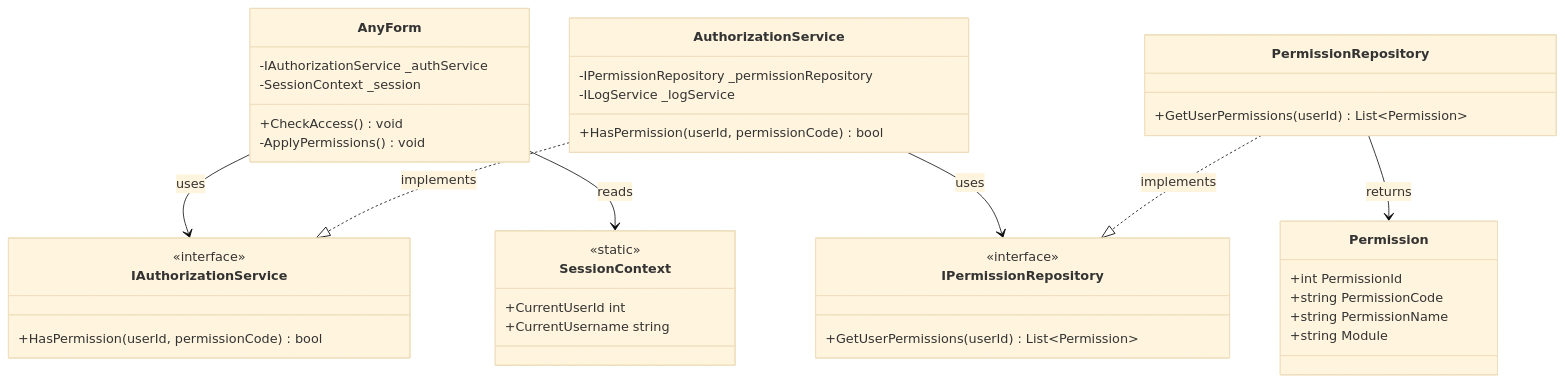
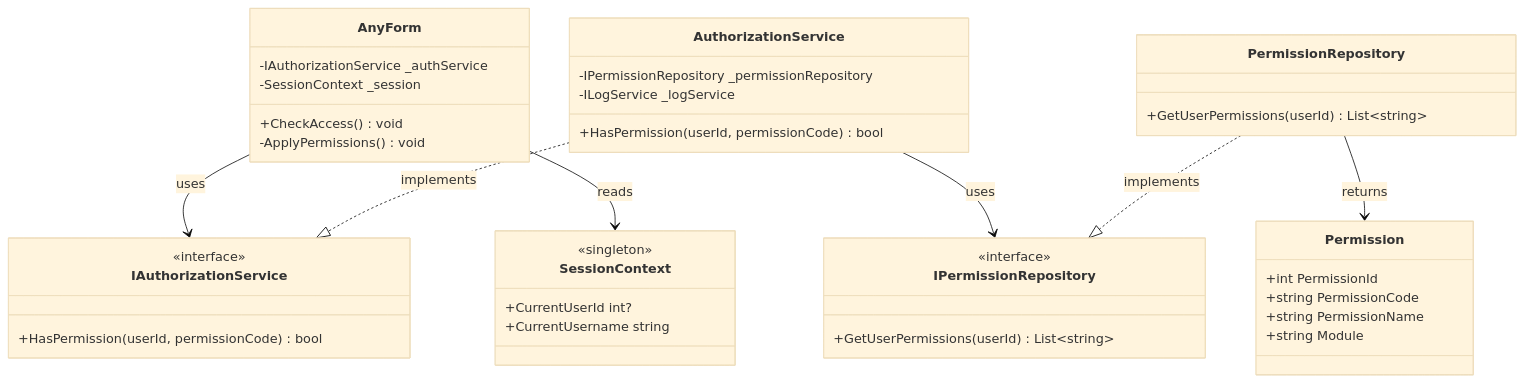
Before and after one commit to nahuk86/tp_diploma_nk_2026: the seventh of 8 diagrams in Documentation/UML_Diagrams/21_Permissions_UseCases.md, drawn with Mermaid (base theme). The commit also changed other lines of this file and 7 other files, not shown here.

Commit message:
docs: update UML diagrams to reflect code refactoring

````diff
--- a/Documentation/UML_Diagrams/21_Permissions_UseCases.md
+++ b/Documentation/UML_Diagrams/21_Permissions_UseCases.md
@@ -251,49 +251,49 @@
 ```mermaid
 classDiagram
     class AnyForm {
         -IAuthorizationService _authService
         -SessionContext _session
         +CheckAccess() void
         -ApplyPermissions() void
     }
 
     class IAuthorizationService {
         <<interface>>
         +HasPermission(userId, permissionCode) bool
     }
 
     class AuthorizationService {
         -IPermissionRepository _permissionRepository
         -ILogService _logService
         +HasPermission(userId, permissionCode) bool
     }
 
     class IPermissionRepository {
         <<interface>>
-        +GetUserPermissions(userId) List~Permission~
+        +GetUserPermissions(userId) List~string~
     }
 
     class PermissionRepository {
-        +GetUserPermissions(userId) List~Permission~
+        +GetUserPermissions(userId) List~string~
     }
 
     class SessionContext {
-        <<static>>
-        +CurrentUserId int
+        <<singleton>>
+        +CurrentUserId int?
         +CurrentUsername string
     }
 
     class Permission {
         +int PermissionId
         +string PermissionCode
         +string PermissionName
         +string Module
     }
 
     AnyForm --> IAuthorizationService : uses
     AnyForm --> SessionContext : reads
     AuthorizationService ..|> IAuthorizationService : implements
     AuthorizationService --> IPermissionRepository : uses
     PermissionRepository ..|> IPermissionRepository : implements
     PermissionRepository --> Permission : returns
 ```
````
